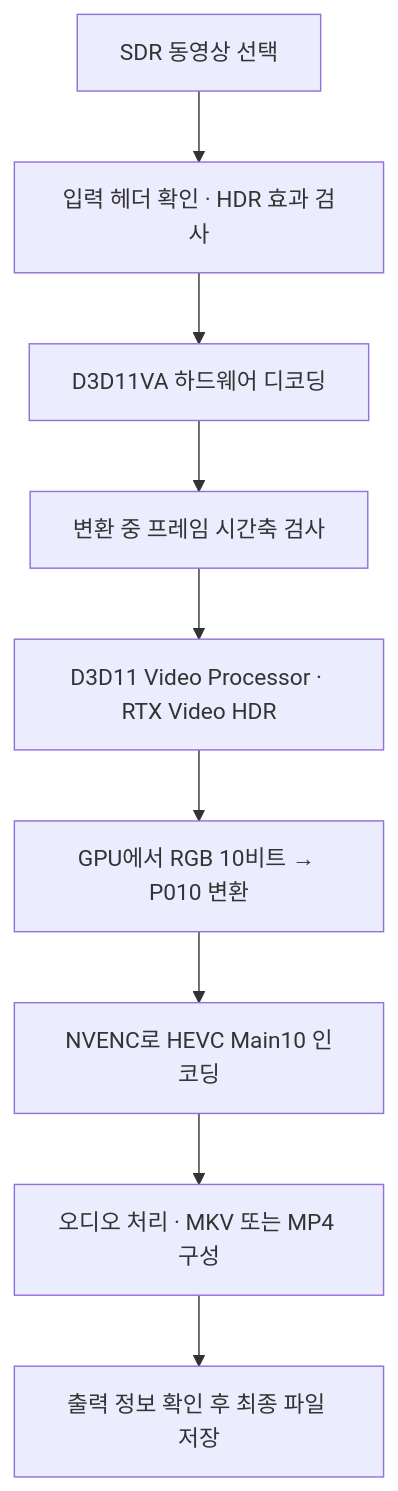
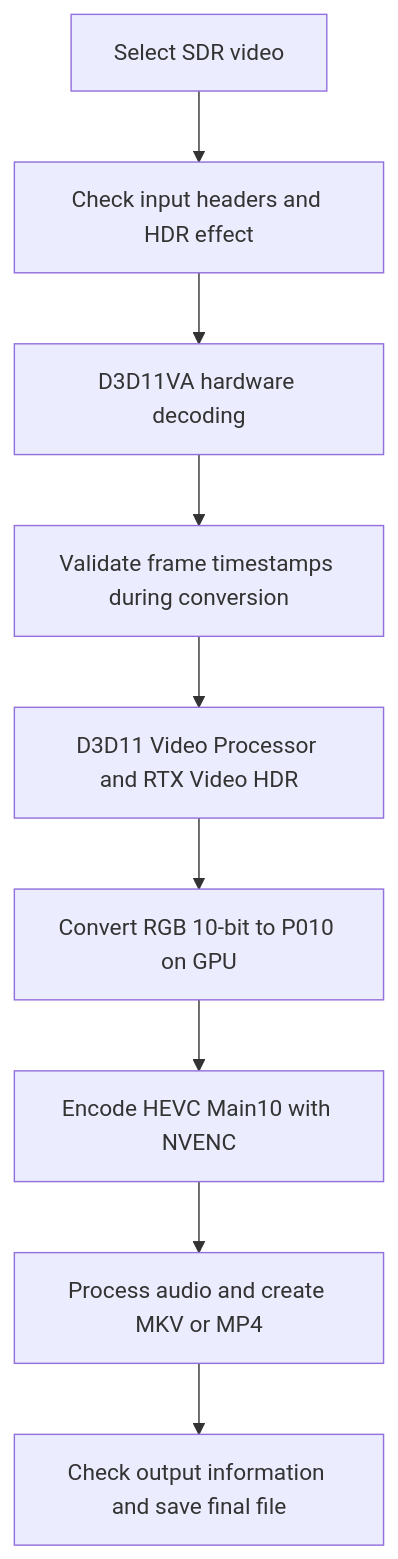
Before and after one commit to yoonun-ynun/RTX-Video-HDR-Upscaler: the diagram in README.md, drawn with Mermaid. The commit also changed other lines of this file and 31 other files, not shown here.

````diff
--- a/README.md
+++ b/README.md
@@ -67,11 +70,11 @@
 ```mermaid
 flowchart TD
-    A[SDR 동영상 선택] --> B[입력 헤더 확인 · HDR 효과 검사]
-    B --> C[D3D11VA 하드웨어 디코딩]
-    C --> D[변환 중 프레임 시간축 검사]
-    D --> E[D3D11 Video Processor · RTX Video HDR]
-    E --> F[GPU에서 RGB 10비트 → P010 변환]
-    F --> G[NVENC로 HEVC Main10 인코딩]
-    G --> H[오디오 처리 · MKV 또는 MP4 구성]
-    H --> I[출력 정보 확인 후 최종 파일 저장]
+    A[Select SDR video] --> B[Check input headers and HDR effect]
+    B --> C[D3D11VA hardware decoding]
+    C --> D[Validate frame timestamps during conversion]
+    D --> E[D3D11 Video Processor and RTX Video HDR]
+    E --> F[Convert RGB 10-bit to P010 on GPU]
+    F --> G[Encode HEVC Main10 with NVENC]
+    G --> H[Process audio and create MKV or MP4]
+    H --> I[Check output information and save final file]
 ```
````
